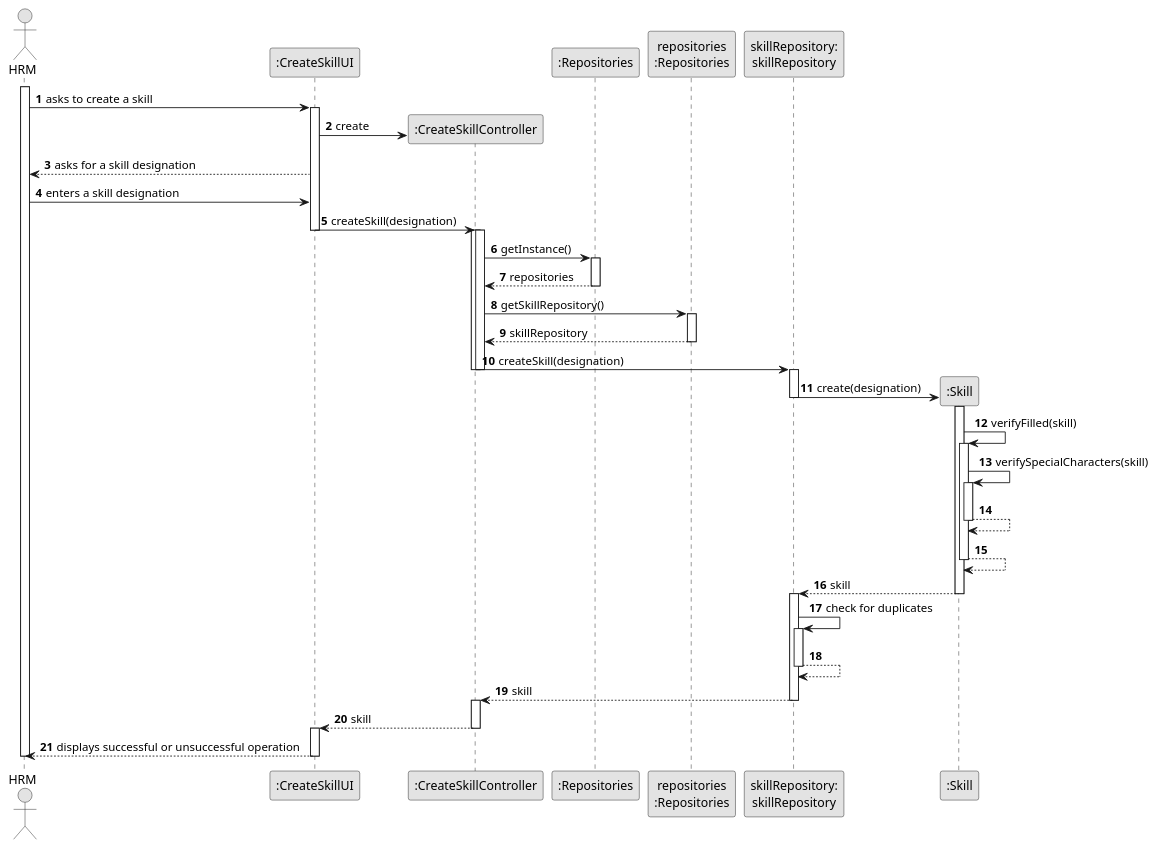
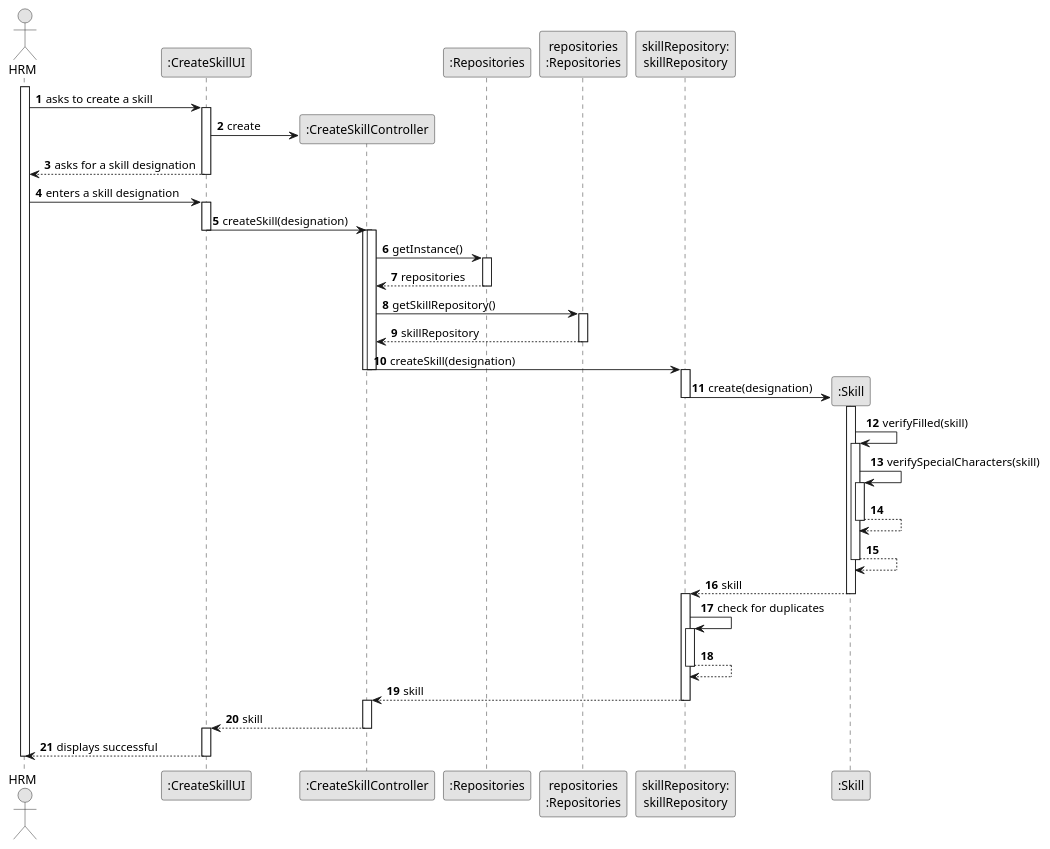
One commit to ricardomm7/leaflink changed the diagram in docs/sprintB/us001/03.design/puml/us001-sequence-diagram-full.puml. Above: the diagram before and after it, drawn with PlantUML. The commit also changed 5 other files, not shown here.

```diff
--- a/docs/sprintB/us001/03.design/puml/us001-sequence-diagram-full.puml
+++ b/docs/sprintB/us001/03.design/puml/us001-sequence-diagram-full.puml
@@ -1,85 +1,87 @@
 @startuml
 skinparam monochrome true
 skinparam packageStyle rectangle
 skinparam shadowing false
 
 autonumber
 
 actor "HRM" as HRM
 participant ":CreateSkillUI" as UI
 participant ":CreateSkillController" as CTRL
 participant ":Repositories" as GlobRepo
 participant "repositories\n:Repositories" as PLAT
 participant "skillRepository:\nskillRepository" as skillRepository
 participant ":Skill" as Skill
 
 activate HRM
 
 HRM ->UI : asks to create a skill
 activate UI
 
 UI -> CTRL** : create
 
 UI --> HRM : asks for a skill designation
+deactivate UI
 
 HRM -> UI : enters a skill designation
+activate UI
 
 UI->CTRL : createSkill(designation)
 deactivate UI
 activate CTRL
 
 activate CTRL
 CTRL -> GlobRepo : getInstance()
 activate GlobRepo
 GlobRepo --> CTRL : repositories
 deactivate GlobRepo
 
 CTRL -> PLAT : getSkillRepository()
 activate PLAT
 PLAT -->  CTRL: skillRepository
 deactivate PLAT
 
 CTRL -> skillRepository : createSkill(designation)
 deactivate CTRL
 deactivate CTRL
 activate skillRepository
 
     skillRepository -> Skill** : create(designation)
     deactivate skillRepository
 
         activate Skill
 
     Skill -> Skill : verifyFilled(skill)
         activate Skill
         Skill -> Skill : verifySpecialCharacters(skill)
         activate Skill
         Skill --> Skill
     deactivate Skill
     Skill --> Skill
     deactivate Skill
 
     Skill --> skillRepository : skill
      deactivate Skill
     activate skillRepository
 
     skillRepository -> skillRepository : check for duplicates
     activate skillRepository
     skillRepository -->skillRepository
     deactivate skillRepository
     deactivate Skill
 
     CTRL <-- skillRepository : skill
     deactivate skillRepository
     activate CTRL
 
 
 
     CTRL --> UI : skill
     deactivate CTRL
     activate UI
 
 
-    UI --> HRM : displays successful or unsuccessful operation
+    UI --> HRM : displays successful
     deactivate UI
 deactivate HRM
 @enduml
```
